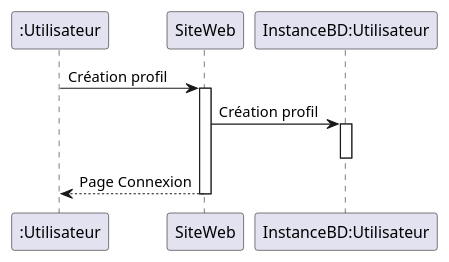
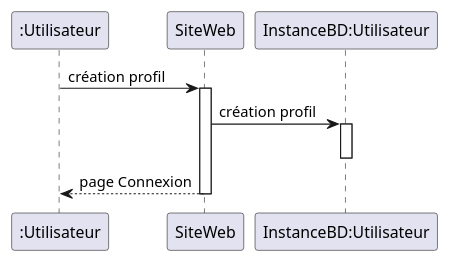
Before and after one commit to hurtcraft/ProjetUML: the diagram in Sequence/Utilisateur/CreationProfil.wsd, drawn with PlantUML. The commit also changed 11 other files, not shown here.

Commit message:
sequence diagram v2

```diff
--- a/Sequence/Utilisateur/CreationProfil.wsd
+++ b/Sequence/Utilisateur/CreationProfil.wsd
@@ -1,14 +1,14 @@
 @startuml Création Profil
 
-":Utilisateur" -> SiteWeb: Création profil
+":Utilisateur" -> SiteWeb: création profil
 activate "SiteWeb"
 
-SiteWeb -> "InstanceBD:Utilisateur": Création profil
+SiteWeb -> "InstanceBD:Utilisateur": création profil
 
 activate "InstanceBD:Utilisateur"
 
 deactivate "InstanceBD:Utilisateur"
 
-return Page Connexion
+return page Connexion
 
 @enduml
```
